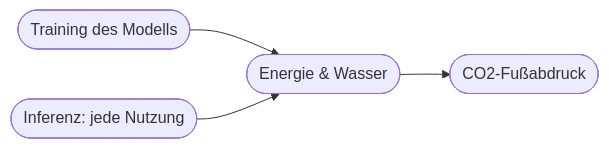
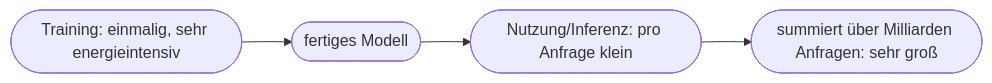
The diagram in docs/content/kapitel36.md (Qualidy/Prompt-Engineering-KI-in-der-Arbeitswelt), drawn with Mermaid before and after one commit. The commit also changed other lines of this file and 80 other files, not shown here.

````diff
--- a/docs/content/kapitel36.md
+++ b/docs/content/kapitel36.md
@@ -18,6 +36,6 @@
 ```mermaid
 flowchart LR
-    A([Training des Modells]) --> C([Energie & Wasser])
-    B([Inferenz: jede Nutzung]) --> C
-    C --> D([CO2-Fußabdruck])
+    A([Training: einmalig, sehr energieintensiv]) --> B([fertiges Modell])
+    B --> C([Nutzung/Inferenz: pro Anfrage klein])
+    C --> D([summiert über Milliarden Anfragen: sehr groß])
 ```
````
